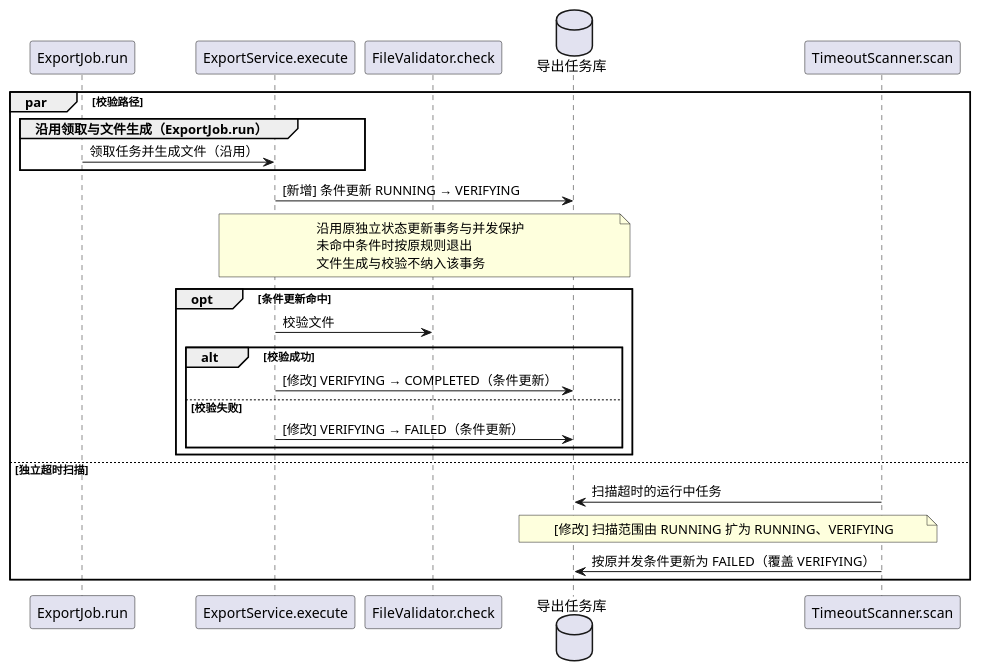
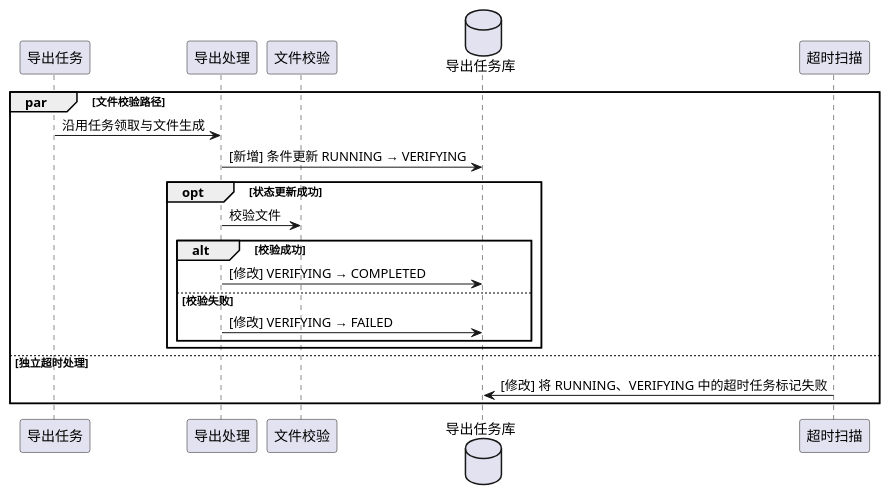
The diagram in keel-plan/skills/keel-plan/assets/incremental-example.features/mark-verifying.md (Leeycw96/harness-project), drawn with PlantUML before and after one commit. The commit also changed other lines of this file and 15 other files, not shown here.

Commit message:
spec: 精简验收报告与业务图表表达

````diff
--- a/keel-plan/skills/keel-plan/assets/incremental-example.features/mark-verifying.md
+++ b/keel-plan/skills/keel-plan/assets/incremental-example.features/mark-verifying.md
@@ -15,34 +15,23 @@
 ```plantuml
 @startuml
-participant "ExportJob.run" as Job
-participant "ExportService.execute" as Service
-participant "FileValidator.check" as Validator
+participant 导出任务 as Job
+participant 导出处理 as Service
+participant 文件校验 as Validator
 database 导出任务库 as DB
-participant "TimeoutScanner.scan" as Timer
-par 校验路径
-group 沿用领取与文件生成（ExportJob.run）
-Job -> Service : 领取任务并生成文件（沿用）
-end
-Service -> DB : [新增] 条件更新 RUNNING → VERIFYING
-note over Service,DB
-沿用原独立状态更新事务与并发保护
-未命中条件时按原规则退出
-文件生成与校验不纳入该事务
-end note
-opt 条件更新命中
-Service -> Validator : 校验文件
-alt 校验成功
-Service -> DB : [修改] VERIFYING → COMPLETED（条件更新）
-else 校验失败
-Service -> DB : [修改] VERIFYING → FAILED（条件更新）
-end
-end
-else 独立超时扫描
-Timer -> DB : 扫描超时的运行中任务
-note over Timer,DB
-[修改] 扫描范围由 RUNNING 扩为 RUNNING、VERIFYING
-end note
-Timer -> DB : 按原并发条件更新为 FAILED（覆盖 VERIFYING）
+participant 超时扫描 as Timer
+par 文件校验路径
+  Job -> Service : 沿用任务领取与文件生成
+  Service -> DB : [新增] 条件更新 RUNNING → VERIFYING
+  opt 状态更新成功
+    Service -> Validator : 校验文件
+    alt 校验成功
+      Service -> DB : [修改] VERIFYING → COMPLETED
+    else 校验失败
+      Service -> DB : [修改] VERIFYING → FAILED
+    end
+  end
+else 独立超时处理
+  Timer -> DB : [修改] 将 RUNNING、VERIFYING 中的超时任务标记失败
 end
 @enduml
 ```
````
